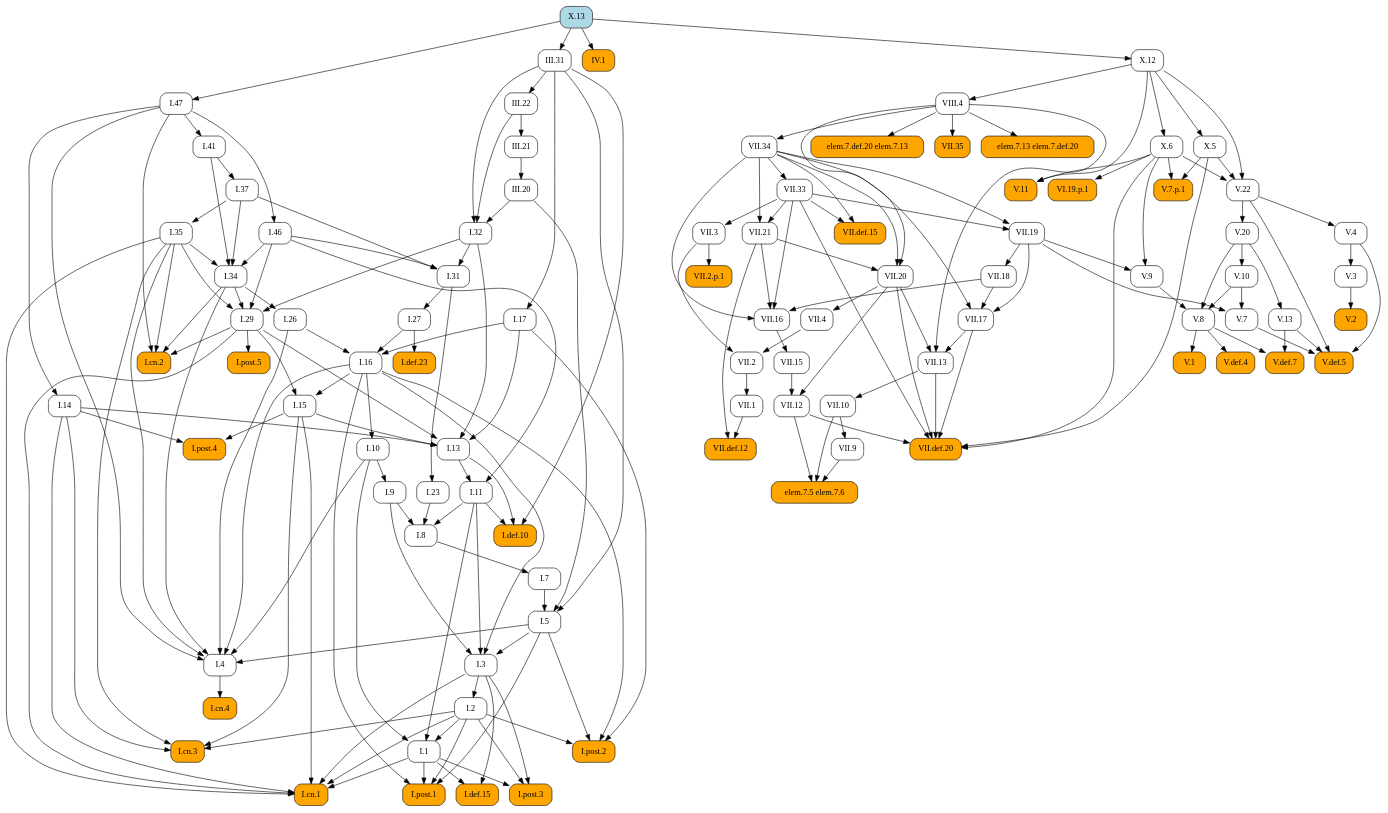
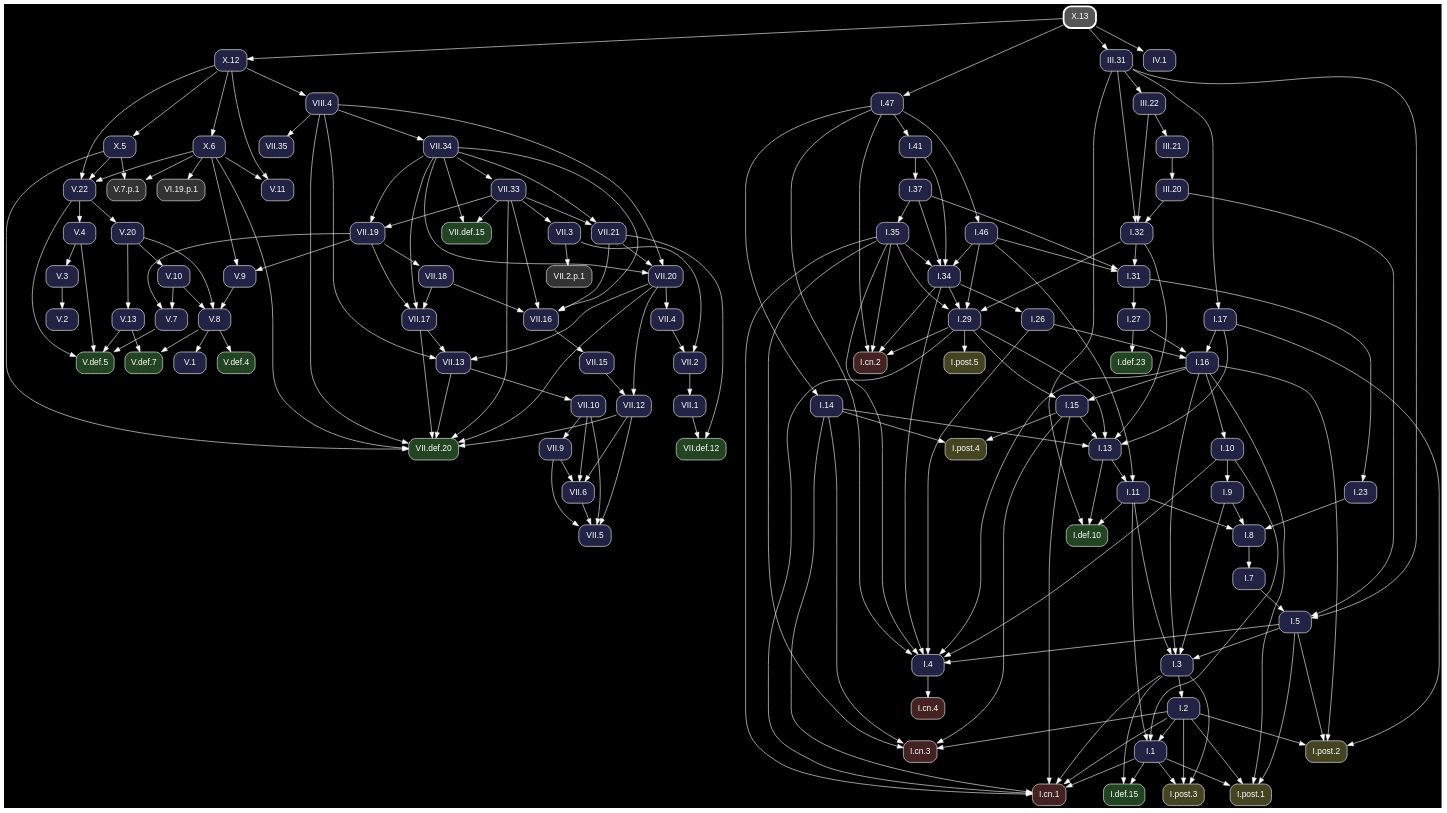
One commit to geometor/elements changed the diagram in docsrc/heath/X/13/index.rst. Above: the diagram before and after it, drawn with Graphviz. The commit also changed other lines of this file and 1200 other files, not shown here.

Commit message:
update dependency graphs

```diff
--- a/docsrc/heath/X/13/index.rst
+++ b/docsrc/heath/X/13/index.rst
@@ -49,171 +49,230 @@
 .. graphviz::
 
    digraph {
+     bgcolor="black";
+     node [shape=box, style="rounded,filled", fontname="Helvetica", color="white", fontcolor="white"];
+     edge [color="white", fontcolor="white"];
      rankdir="TB";
-     node [shape=box, style=rounded];
-     "I.23" [URL="/heath/I/23/", target="_top"];
-     "I.9" [URL="/heath/I/9/", target="_top"];
-     "elem.7.def.20 elem.7.13" [style="rounded,filled", fillcolor=orange];
-     "VII.12" [URL="/heath/VII/12/", target="_top"];
-     "IV.1" [style="rounded,filled", fillcolor=orange, URL="/heath/IV/1/", target="_top"];
-     "VII.34" [URL="/heath/VII/34/", target="_top"];
-     "I.def.15" [style="rounded,filled", fillcolor=orange, URL="/heath/I/def.15/", target="_top"];
-     "V.13" [URL="/heath/V/13/", target="_top"];
-     "VII.16" [URL="/heath/VII/16/", target="_top"];
-     "V.7" [URL="/heath/V/7/", target="_top"];
-     "V.7.p.1" [style="rounded,filled", fillcolor=orange];
-     "I.post.1" [style="rounded,filled", fillcolor=orange, URL="/heath/I/post.1/", target="_top"];
-     "III.20" [URL="/heath/III/20/", target="_top"];
-     "X.6" [URL="/heath/X/6/", target="_top"];
-     "V.9" [URL="/heath/V/9/", target="_top"];
-     "I.31" [URL="/heath/I/31/", target="_top"];
-     "III.22" [URL="/heath/III/22/", target="_top"];
-     "VII.13" [URL="/heath/VII/13/", target="_top"];
-     "I.def.10" [style="rounded,filled", fillcolor=orange, URL="/heath/I/def.10/", target="_top"];
-     "V.10" [URL="/heath/V/10/", target="_top"];
-     "VIII.4" [URL="/heath/VIII/4/", target="_top"];
-     "V.4" [URL="/heath/V/4/", target="_top"];
-     "VII.35" [style="rounded,filled", fillcolor=orange, URL="/heath/VII/35/", target="_top"];
-     "I.14" [URL="/heath/I/14/", target="_top"];
-     "V.11" [style="rounded,filled", fillcolor=orange, URL="/heath/V/11/", target="_top"];
-     "VII.2.p.1" [style="rounded,filled", fillcolor=orange];
-     "I.34" [URL="/heath/I/34/", target="_top"];
-     "VII.def.20" [style="rounded,filled", fillcolor=orange, URL="/heath/VII/def.20/", target="_top"];
-     "VII.15" [URL="/heath/VII/15/", target="_top"];
-     "I.3" [URL="/heath/I/3/", target="_top"];
-     "V.def.4" [style="rounded,filled", fillcolor=orange, URL="/heath/V/def.4/", target="_top"];
-     "V.def.7" [style="rounded,filled", fillcolor=orange, URL="/heath/V/def.7/", target="_top"];
-     "I.2" [URL="/heath/I/2/", target="_top"];
-     "V.3" [URL="/heath/V/3/", target="_top"];
-     "I.13" [URL="/heath/I/13/", target="_top"];
-     "I.post.4" [style="rounded,filled", fillcolor=orange, URL="/heath/I/post.4/", target="_top"];
-     "I.4" [URL="/heath/I/4/", target="_top"];
-     "I.1" [URL="/heath/I/1/", target="_top"];
-     "I.8" [URL="/heath/I/8/", target="_top"];
-     "I.17" [URL="/heath/I/17/", target="_top"];
-     "VII.21" [URL="/heath/VII/21/", target="_top"];
-     "I.29" [URL="/heath/I/29/", target="_top"];
-     "V.8" [URL="/heath/V/8/", target="_top"];
-     "I.15" [URL="/heath/I/15/", target="_top"];
-     "VII.def.12" [style="rounded,filled", fillcolor=orange, URL="/heath/VII/def.12/", target="_top"];
-     "I.10" [URL="/heath/I/10/", target="_top"];
-     "I.11" [URL="/heath/I/11/", target="_top"];
-     "I.def.23" [style="rounded,filled", fillcolor=orange, URL="/heath/I/def.23/", target="_top"];
-     "elem.7.13 elem.7.def.20" [style="rounded,filled", fillcolor=orange];
-     "VII.20" [URL="/heath/VII/20/", target="_top"];
-     "I.46" [URL="/heath/I/46/", target="_top"];
-     "I.26" [URL="/heath/I/26/", target="_top"];
-     "VII.33" [URL="/heath/VII/33/", target="_top"];
-     "I.32" [URL="/heath/I/32/", target="_top"];
-     "elem.7.5 elem.7.6" [style="rounded,filled", fillcolor=orange];
-     "VII.9" [URL="/heath/VII/9/", target="_top"];
-     "I.47" [URL="/heath/I/47/", target="_top"];
-     "VII.18" [URL="/heath/VII/18/", target="_top"];
-     "X.12" [URL="/heath/X/12/", target="_top"];
-     "I.post.3" [style="rounded,filled", fillcolor=orange, URL="/heath/I/post.3/", target="_top"];
-     "V.def.5" [style="rounded,filled", fillcolor=orange, URL="/heath/V/def.5/", target="_top"];
-     "VII.10" [URL="/heath/VII/10/", target="_top"];
-     "V.20" [URL="/heath/V/20/", target="_top"];
-     "I.27" [URL="/heath/I/27/", target="_top"];
-     "VII.def.15" [style="rounded,filled", fillcolor=orange, URL="/heath/VII/def.15/", target="_top"];
-     "VII.17" [URL="/heath/VII/17/", target="_top"];
-     "VII.19" [URL="/heath/VII/19/", target="_top"];
-     "VII.2" [URL="/heath/VII/2/", target="_top"];
-     "I.35" [URL="/heath/I/35/", target="_top"];
-     "I.cn.1" [style="rounded,filled", fillcolor=orange, URL="/heath/I/cn.1/", target="_top"];
-     "V.2" [style="rounded,filled", fillcolor=orange, URL="/heath/V/2/", target="_top"];
-     "I.7" [URL="/heath/I/7/", target="_top"];
-     "X.5" [URL="/heath/X/5/", target="_top"];
-     "I.5" [URL="/heath/I/5/", target="_top"];
-     "I.37" [URL="/heath/I/37/", target="_top"];
-     "X.13" [style="rounded,filled", fillcolor=lightblue, URL="/heath/X/13/", target="_top"];
-     "VI.19.p.1" [style="rounded,filled", fillcolor=orange];
-     "VII.1" [URL="/heath/VII/1/", target="_top"];
-     "I.cn.3" [style="rounded,filled", fillcolor=orange, URL="/heath/I/cn.3/", target="_top"];
-     "I.16" [URL="/heath/I/16/", target="_top"];
-     "III.31" [URL="/heath/III/31/", target="_top"];
-     "VII.4" [URL="/heath/VII/4/", target="_top"];
-     "V.1" [style="rounded,filled", fillcolor=orange, URL="/heath/V/1/", target="_top"];
-     "V.22" [URL="/heath/V/22/", target="_top"];
-     "I.cn.2" [style="rounded,filled", fillcolor=orange, URL="/heath/I/cn.2/", target="_top"];
-     "I.post.5" [style="rounded,filled", fillcolor=orange, URL="/heath/I/post.5/", target="_top"];
-     "VII.3" [URL="/heath/VII/3/", target="_top"];
-     "I.cn.4" [style="rounded,filled", fillcolor=orange, URL="/heath/I/cn.4/", target="_top"];
-     "III.21" [URL="/heath/III/21/", target="_top"];
-     "I.41" [URL="/heath/I/41/", target="_top"];
-     "I.post.2" [style="rounded,filled", fillcolor=orange, URL="/heath/I/post.2/", target="_top"];
-     "I.31" -> "I.23";
-     "I.10" -> "I.9";
-     "VIII.4" -> "elem.7.def.20 elem.7.13";
-     "VII.15" -> "VII.12";
-     "VII.20" -> "VII.12";
-     "X.13" -> "IV.1";
+     "VII.33" [fillcolor="#222244", URL="/heath/VII/33/", target="_top"];
+     "X.6" [fillcolor="#222244", URL="/heath/X/6/", target="_top"];
+     "I.32" [fillcolor="#222244", URL="/heath/I/32/", target="_top"];
+     "VII.18" [fillcolor="#222244", URL="/heath/VII/18/", target="_top"];
+     "I.cn.1" [fillcolor="#442222", URL="/heath/I/cn.1/", target="_top"];
+     "VII.2" [fillcolor="#222244", URL="/heath/VII/2/", target="_top"];
+     "I.27" [fillcolor="#222244", URL="/heath/I/27/", target="_top"];
+     "I.2" [fillcolor="#222244", URL="/heath/I/2/", target="_top"];
+     "I.41" [fillcolor="#222244", URL="/heath/I/41/", target="_top"];
+     "I.post.4" [fillcolor="#444422", URL="/heath/I/post.4/", target="_top"];
+     "VII.4" [fillcolor="#222244", URL="/heath/VII/4/", target="_top"];
+     "I.26" [fillcolor="#222244", URL="/heath/I/26/", target="_top"];
+     "I.8" [fillcolor="#222244", URL="/heath/I/8/", target="_top"];
+     "V.4" [fillcolor="#222244", URL="/heath/V/4/", target="_top"];
+     "VII.9" [fillcolor="#222244", URL="/heath/VII/9/", target="_top"];
+     "I.7" [fillcolor="#222244", URL="/heath/I/7/", target="_top"];
+     "I.5" [fillcolor="#222244", URL="/heath/I/5/", target="_top"];
+     "VII.17" [fillcolor="#222244", URL="/heath/VII/17/", target="_top"];
+     "V.11" [fillcolor="#222244", URL="/heath/V/11/", target="_top"];
+     "V.def.4" [fillcolor="#224422", URL="/heath/V/def.4/", target="_top"];
+     "V.20" [fillcolor="#222244", URL="/heath/V/20/", target="_top"];
+     "VII.5" [fillcolor="#222244", URL="/heath/VII/5/", target="_top"];
+     "VII.34" [fillcolor="#222244", URL="/heath/VII/34/", target="_top"];
+     "X.5" [fillcolor="#222244", URL="/heath/X/5/", target="_top"];
+     "I.11" [fillcolor="#222244", URL="/heath/I/11/", target="_top"];
+     "I.37" [fillcolor="#222244", URL="/heath/I/37/", target="_top"];
+     "I.cn.3" [fillcolor="#442222", URL="/heath/I/cn.3/", target="_top"];
+     "III.21" [fillcolor="#222244", URL="/heath/III/21/", target="_top"];
+     "I.post.2" [fillcolor="#444422", URL="/heath/I/post.2/", target="_top"];
+     "VII.6" [fillcolor="#222244", URL="/heath/VII/6/", target="_top"];
+     "VII.16" [fillcolor="#222244", URL="/heath/VII/16/", target="_top"];
+     "VII.15" [fillcolor="#222244", URL="/heath/VII/15/", target="_top"];
+     "I.def.23" [fillcolor="#224422", URL="/heath/I/def.23/", target="_top"];
+     "I.35" [fillcolor="#222244", URL="/heath/I/35/", target="_top"];
+     "VII.def.12" [fillcolor="#224422", URL="/heath/VII/def.12/", target="_top"];
+     "I.post.3" [fillcolor="#444422", URL="/heath/I/post.3/", target="_top"];
+     "V.13" [fillcolor="#222244", URL="/heath/V/13/", target="_top"];
+     "III.31" [fillcolor="#222244", URL="/heath/III/31/", target="_top"];
+     "VII.19" [fillcolor="#222244", URL="/heath/VII/19/", target="_top"];
+     "V.8" [fillcolor="#222244", URL="/heath/V/8/", target="_top"];
+     "III.20" [fillcolor="#222244", URL="/heath/III/20/", target="_top"];
+     "VII.3" [fillcolor="#222244", URL="/heath/VII/3/", target="_top"];
+     "VII.35" [fillcolor="#222244", URL="/heath/VII/35/", target="_top"];
+     "V.10" [fillcolor="#222244", URL="/heath/V/10/", target="_top"];
+     "I.17" [fillcolor="#222244", URL="/heath/I/17/", target="_top"];
+     "V.def.5" [fillcolor="#224422", URL="/heath/V/def.5/", target="_top"];
+     "V.22" [fillcolor="#222244", URL="/heath/V/22/", target="_top"];
+     "I.31" [fillcolor="#222244", URL="/heath/I/31/", target="_top"];
+     "I.3" [fillcolor="#222244", URL="/heath/I/3/", target="_top"];
+     "I.def.10" [fillcolor="#224422", URL="/heath/I/def.10/", target="_top"];
+     "I.15" [fillcolor="#222244", URL="/heath/I/15/", target="_top"];
+     "VII.def.20" [fillcolor="#224422", URL="/heath/VII/def.20/", target="_top"];
+     "I.13" [fillcolor="#222244", URL="/heath/I/13/", target="_top"];
+     "I.cn.2" [fillcolor="#442222", URL="/heath/I/cn.2/", target="_top"];
+     "VII.1" [fillcolor="#222244", URL="/heath/VII/1/", target="_top"];
+     "I.9" [fillcolor="#222244", URL="/heath/I/9/", target="_top"];
+     "VII.13" [fillcolor="#222244", URL="/heath/VII/13/", target="_top"];
+     "VI.19.p.1" [fillcolor="#333333"];
+     "I.1" [fillcolor="#222244", URL="/heath/I/1/", target="_top"];
+     "I.post.5" [fillcolor="#444422", URL="/heath/I/post.5/", target="_top"];
+     "I.23" [fillcolor="#222244", URL="/heath/I/23/", target="_top"];
+     "I.4" [fillcolor="#222244", URL="/heath/I/4/", target="_top"];
+     "VII.21" [fillcolor="#222244", URL="/heath/VII/21/", target="_top"];
+     "X.13" [penwidth=3, color="white", fillcolor="#555555", URL="/heath/X/13/", target="_top"];
+     "V.7" [fillcolor="#222244", URL="/heath/V/7/", target="_top"];
+     "VII.12" [fillcolor="#222244", URL="/heath/VII/12/", target="_top"];
+     "V.9" [fillcolor="#222244", URL="/heath/V/9/", target="_top"];
+     "I.10" [fillcolor="#222244", URL="/heath/I/10/", target="_top"];
+     "X.12" [fillcolor="#222244", URL="/heath/X/12/", target="_top"];
+     "I.46" [fillcolor="#222244", URL="/heath/I/46/", target="_top"];
+     "III.22" [fillcolor="#222244", URL="/heath/III/22/", target="_top"];
+     "V.def.7" [fillcolor="#224422", URL="/heath/V/def.7/", target="_top"];
+     "VII.20" [fillcolor="#222244", URL="/heath/VII/20/", target="_top"];
+     "I.post.1" [fillcolor="#444422", URL="/heath/I/post.1/", target="_top"];
+     "IV.1" [fillcolor="#222244", URL="/heath/IV/1/", target="_top"];
+     "I.16" [fillcolor="#222244", URL="/heath/I/16/", target="_top"];
+     "VII.def.15" [fillcolor="#224422", URL="/heath/VII/def.15/", target="_top"];
+     "I.29" [fillcolor="#222244", URL="/heath/I/29/", target="_top"];
+     "VII.2.p.1" [fillcolor="#333333"];
+     "I.cn.4" [fillcolor="#442222", URL="/heath/I/cn.4/", target="_top"];
+     "I.47" [fillcolor="#222244", URL="/heath/I/47/", target="_top"];
+     "I.14" [fillcolor="#222244", URL="/heath/I/14/", target="_top"];
+     "V.2" [fillcolor="#222244", URL="/heath/V/2/", target="_top"];
+     "V.1" [fillcolor="#222244", URL="/heath/V/1/", target="_top"];
+     "VII.10" [fillcolor="#222244", URL="/heath/VII/10/", target="_top"];
+     "VIII.4" [fillcolor="#222244", URL="/heath/VIII/4/", target="_top"];
+     "V.7.p.1" [fillcolor="#333333"];
+     "I.34" [fillcolor="#222244", URL="/heath/I/34/", target="_top"];
+     "I.def.15" [fillcolor="#224422", URL="/heath/I/def.15/", target="_top"];
+     "V.3" [fillcolor="#222244", URL="/heath/V/3/", target="_top"];
+     "VII.34" -> "VII.33";
+     "X.12" -> "X.6";
+     "III.20" -> "I.32";
+     "III.22" -> "I.32";
+     "III.31" -> "I.32";
+     "VII.19" -> "VII.18";
+     "I.1" -> "I.cn.1";
+     "I.2" -> "I.cn.1";
+     "I.3" -> "I.cn.1";
+     "I.14" -> "I.cn.1";
+     "I.15" -> "I.cn.1";
+     "I.29" -> "I.cn.1";
+     "I.35" -> "I.cn.1";
+     "VII.3" -> "VII.2";
+     "VII.4" -> "VII.2";
+     "I.31" -> "I.27";
+     "I.3" -> "I.2";
+     "I.47" -> "I.41";
+     "I.14" -> "I.post.4";
+     "I.15" -> "I.post.4";
+     "VII.20" -> "VII.4";
+     "I.34" -> "I.26";
+     "I.9" -> "I.8";
+     "I.11" -> "I.8";
+     "I.23" -> "I.8";
+     "V.22" -> "V.4";
+     "VII.10" -> "VII.9";
+     "I.8" -> "I.7";
+     "I.7" -> "I.5";
+     "III.20" -> "I.5";
+     "III.31" -> "I.5";
+     "VII.18" -> "VII.17";
+     "VII.19" -> "VII.17";
+     "VII.34" -> "VII.17";
+     "X.6" -> "V.11";
+     "X.12" -> "V.11";
+     "V.8" -> "V.def.4";
+     "V.22" -> "V.20";
+     "VII.6" -> "VII.5";
+     "VII.9" -> "VII.5";
+     "VII.10" -> "VII.5";
+     "VII.12" -> "VII.5";
      "VIII.4" -> "VII.34";
-     "I.1" -> "I.def.15";
-     "I.3" -> "I.def.15";
-     "V.20" -> "V.13";
+     "X.12" -> "X.5";
+     "I.13" -> "I.11";
+     "I.46" -> "I.11";
+     "I.41" -> "I.37";
+     "I.2" -> "I.cn.3";
+     "I.14" -> "I.cn.3";
+     "I.15" -> "I.cn.3";
+     "I.35" -> "I.cn.3";
+     "III.22" -> "III.21";
+     "I.2" -> "I.post.2";
+     "I.5" -> "I.post.2";
+     "I.16" -> "I.post.2";
+     "I.17" -> "I.post.2";
+     "VII.9" -> "VII.6";
+     "VII.10" -> "VII.6";
+     "VII.12" -> "VII.6";
      "VII.18" -> "VII.16";
      "VII.21" -> "VII.16";
      "VII.33" -> "VII.16";
      "VII.34" -> "VII.16";
-     "V.10" -> "V.7";
-     "VII.19" -> "V.7";
-     "X.5" -> "V.7.p.1";
-     "X.6" -> "V.7.p.1";
-     "I.1" -> "I.post.1";
-     "I.2" -> "I.post.1";
-     "I.5" -> "I.post.1";
-     "I.16" -> "I.post.1";
+     "VII.16" -> "VII.15";
+     "I.27" -> "I.def.23";
+     "I.37" -> "I.35";
+     "VII.1" -> "VII.def.12";
+     "VII.21" -> "VII.def.12";
+     "I.1" -> "I.post.3";
+     "I.2" -> "I.post.3";
+     "I.3" -> "I.post.3";
+     "V.20" -> "V.13";
+     "X.13" -> "III.31";
+     "VII.33" -> "VII.19";
+     "VII.34" -> "VII.19";
+     "V.9" -> "V.8";
+     "V.10" -> "V.8";
+     "V.20" -> "V.8";
      "III.21" -> "III.20";
-     "X.12" -> "X.6";
-     "VII.19" -> "V.9";
-     "X.6" -> "V.9";
+     "VII.33" -> "VII.3";
+     "VIII.4" -> "VII.35";
+     "V.20" -> "V.10";
+     "III.31" -> "I.17";
+     "V.4" -> "V.def.5";
+     "V.7" -> "V.def.5";
+     "V.13" -> "V.def.5";
+     "V.22" -> "V.def.5";
+     "X.5" -> "V.22";
+     "X.6" -> "V.22";
+     "X.12" -> "V.22";
      "I.32" -> "I.31";
      "I.37" -> "I.31";
      "I.46" -> "I.31";
-     "III.31" -> "III.22";
-     "VII.17" -> "VII.13";
-     "VII.20" -> "VII.13";
-     "VIII.4" -> "VII.13";
+     "I.5" -> "I.3";
+     "I.9" -> "I.3";
+     "I.11" -> "I.3";
+     "I.16" -> "I.3";
      "I.11" -> "I.def.10";
      "I.13" -> "I.def.10";
      "III.31" -> "I.def.10";
-     "V.20" -> "V.10";
-     "X.12" -> "VIII.4";
-     "V.22" -> "V.4";
-     "VIII.4" -> "VII.35";
-     "I.47" -> "I.14";
-     "X.6" -> "V.11";
-     "X.12" -> "V.11";
-     "VII.3" -> "VII.2.p.1";
-     "I.35" -> "I.34";
-     "I.37" -> "I.34";
-     "I.41" -> "I.34";
-     "I.46" -> "I.34";
+     "I.16" -> "I.15";
+     "I.29" -> "I.15";
      "VII.12" -> "VII.def.20";
      "VII.13" -> "VII.def.20";
      "VII.17" -> "VII.def.20";
      "VII.20" -> "VII.def.20";
      "VII.33" -> "VII.def.20";
+     "VIII.4" -> "VII.def.20";
      "X.5" -> "VII.def.20";
      "X.6" -> "VII.def.20";
-     "VII.16" -> "VII.15";
-     "I.5" -> "I.3";
-     "I.9" -> "I.3";
-     "I.11" -> "I.3";
-     "I.16" -> "I.3";
-     "V.8" -> "V.def.4";
-     "V.8" -> "V.def.7";
-     "V.13" -> "V.def.7";
-     "I.3" -> "I.2";
-     "V.4" -> "V.3";
      "I.14" -> "I.13";
      "I.15" -> "I.13";
      "I.17" -> "I.13";
      "I.29" -> "I.13";
      "I.32" -> "I.13";
-     "I.14" -> "I.post.4";
-     "I.15" -> "I.post.4";
+     "I.29" -> "I.cn.2";
+     "I.34" -> "I.cn.2";
+     "I.35" -> "I.cn.2";
+     "I.47" -> "I.cn.2";
+     "VII.2" -> "VII.1";
+     "I.10" -> "I.9";
+     "VII.17" -> "VII.13";
+     "VII.20" -> "VII.13";
+     "VIII.4" -> "VII.13";
+     "X.6" -> "VI.19.p.1";
+     "I.2" -> "I.1";
+     "I.10" -> "I.1";
+     "I.11" -> "I.1";
+     "I.29" -> "I.post.5";
+     "I.31" -> "I.23";
      "I.5" -> "I.4";
      "I.10" -> "I.4";
      "I.16" -> "I.4";
@@ -221,107 +280,52 @@
      "I.34" -> "I.4";
      "I.35" -> "I.4";
      "I.47" -> "I.4";
-     "I.2" -> "I.1";
-     "I.10" -> "I.1";
-     "I.11" -> "I.1";
-     "I.9" -> "I.8";
-     "I.11" -> "I.8";
-     "I.23" -> "I.8";
-     "III.31" -> "I.17";
      "VII.33" -> "VII.21";
      "VII.34" -> "VII.21";
+     "V.10" -> "V.7";
+     "VII.19" -> "V.7";
+     "VII.15" -> "VII.12";
+     "VII.20" -> "VII.12";
+     "VII.19" -> "V.9";
+     "X.6" -> "V.9";
+     "I.16" -> "I.10";
+     "X.13" -> "X.12";
+     "I.47" -> "I.46";
+     "III.31" -> "III.22";
+     "V.8" -> "V.def.7";
+     "V.13" -> "V.def.7";
+     "VII.21" -> "VII.20";
+     "VII.34" -> "VII.20";
+     "VIII.4" -> "VII.20";
+     "I.1" -> "I.post.1";
+     "I.2" -> "I.post.1";
+     "I.5" -> "I.post.1";
+     "I.16" -> "I.post.1";
+     "X.13" -> "IV.1";
+     "I.17" -> "I.16";
+     "I.26" -> "I.16";
+     "I.27" -> "I.16";
+     "VII.33" -> "VII.def.15";
+     "VII.34" -> "VII.def.15";
      "I.32" -> "I.29";
      "I.34" -> "I.29";
      "I.35" -> "I.29";
      "I.46" -> "I.29";
-     "V.9" -> "V.8";
-     "V.10" -> "V.8";
-     "V.20" -> "V.8";
-     "I.16" -> "I.15";
-     "I.29" -> "I.15";
-     "VII.1" -> "VII.def.12";
-     "VII.21" -> "VII.def.12";
-     "I.16" -> "I.10";
-     "I.13" -> "I.11";
-     "I.46" -> "I.11";
-     "I.27" -> "I.def.23";
-     "VIII.4" -> "elem.7.13 elem.7.def.20";
-     "VII.21" -> "VII.20";
-     "VII.34" -> "VII.20";
-     "VIII.4" -> "VII.20";
-     "I.47" -> "I.46";
-     "I.34" -> "I.26";
-     "VII.34" -> "VII.33";
-     "III.20" -> "I.32";
-     "III.22" -> "I.32";
-     "III.31" -> "I.32";
-     "VII.9" -> "elem.7.5 elem.7.6";
-     "VII.10" -> "elem.7.5 elem.7.6";
-     "VII.12" -> "elem.7.5 elem.7.6";
-     "VII.10" -> "VII.9";
+     "VII.3" -> "VII.2.p.1";
+     "I.4" -> "I.cn.4";
      "X.13" -> "I.47";
-     "VII.19" -> "VII.18";
-     "X.13" -> "X.12";
-     "I.1" -> "I.post.3";
-     "I.2" -> "I.post.3";
-     "I.3" -> "I.post.3";
-     "V.4" -> "V.def.5";
-     "V.7" -> "V.def.5";
-     "V.13" -> "V.def.5";
-     "V.22" -> "V.def.5";
+     "I.47" -> "I.14";
+     "V.3" -> "V.2";
+     "V.8" -> "V.1";
      "VII.13" -> "VII.10";
-     "V.22" -> "V.20";
-     "I.31" -> "I.27";
-     "VII.33" -> "VII.def.15";
-     "VII.34" -> "VII.def.15";
-     "VII.18" -> "VII.17";
-     "VII.19" -> "VII.17";
-     "VII.34" -> "VII.17";
-     "VII.33" -> "VII.19";
-     "VII.34" -> "VII.19";
-     "VII.3" -> "VII.2";
-     "VII.4" -> "VII.2";
-     "I.37" -> "I.35";
-     "I.1" -> "I.cn.1";
-     "I.2" -> "I.cn.1";
-     "I.3" -> "I.cn.1";
-     "I.14" -> "I.cn.1";
-     "I.15" -> "I.cn.1";
-     "I.29" -> "I.cn.1";
-     "I.35" -> "I.cn.1";
-     "V.3" -> "V.2";
-     "I.8" -> "I.7";
-     "X.12" -> "X.5";
-     "I.7" -> "I.5";
-     "III.20" -> "I.5";
-     "III.31" -> "I.5";
-     "I.41" -> "I.37";
-     "X.6" -> "VI.19.p.1";
-     "VII.2" -> "VII.1";
-     "I.2" -> "I.cn.3";
-     "I.14" -> "I.cn.3";
-     "I.15" -> "I.cn.3";
-     "I.35" -> "I.cn.3";
-     "I.17" -> "I.16";
-     "I.26" -> "I.16";
-     "I.27" -> "I.16";
-     "X.13" -> "III.31";
-     "VII.20" -> "VII.4";
-     "V.8" -> "V.1";
-     "X.5" -> "V.22";
-     "X.6" -> "V.22";
-     "X.12" -> "V.22";
-     "I.29" -> "I.cn.2";
-     "I.34" -> "I.cn.2";
-     "I.35" -> "I.cn.2";
-     "I.47" -> "I.cn.2";
-     "I.29" -> "I.post.5";
-     "VII.33" -> "VII.3";
-     "I.4" -> "I.cn.4";
-     "III.22" -> "III.21";
-     "I.47" -> "I.41";
-     "I.2" -> "I.post.2";
-     "I.5" -> "I.post.2";
-     "I.16" -> "I.post.2";
-     "I.17" -> "I.post.2";
+     "X.12" -> "VIII.4";
+     "X.5" -> "V.7.p.1";
+     "X.6" -> "V.7.p.1";
+     "I.35" -> "I.34";
+     "I.37" -> "I.34";
+     "I.41" -> "I.34";
+     "I.46" -> "I.34";
+     "I.1" -> "I.def.15";
+     "I.3" -> "I.def.15";
+     "V.4" -> "V.3";
    }
```
